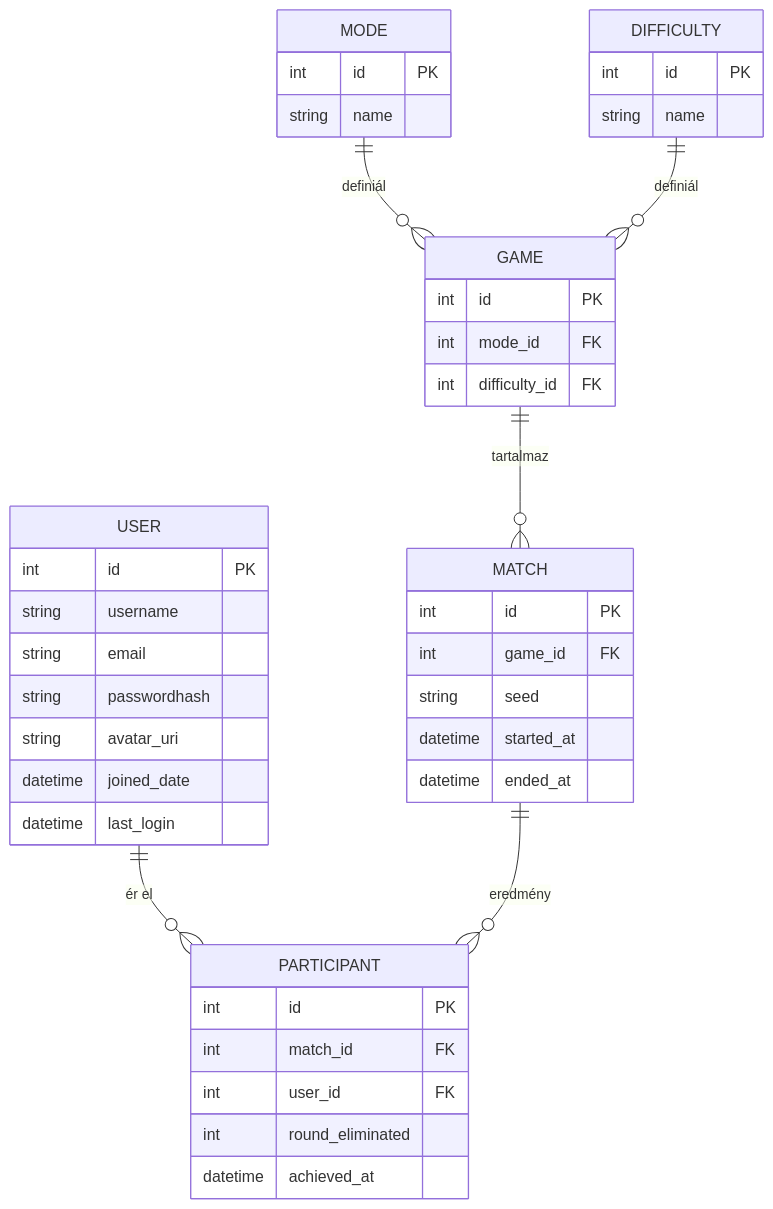
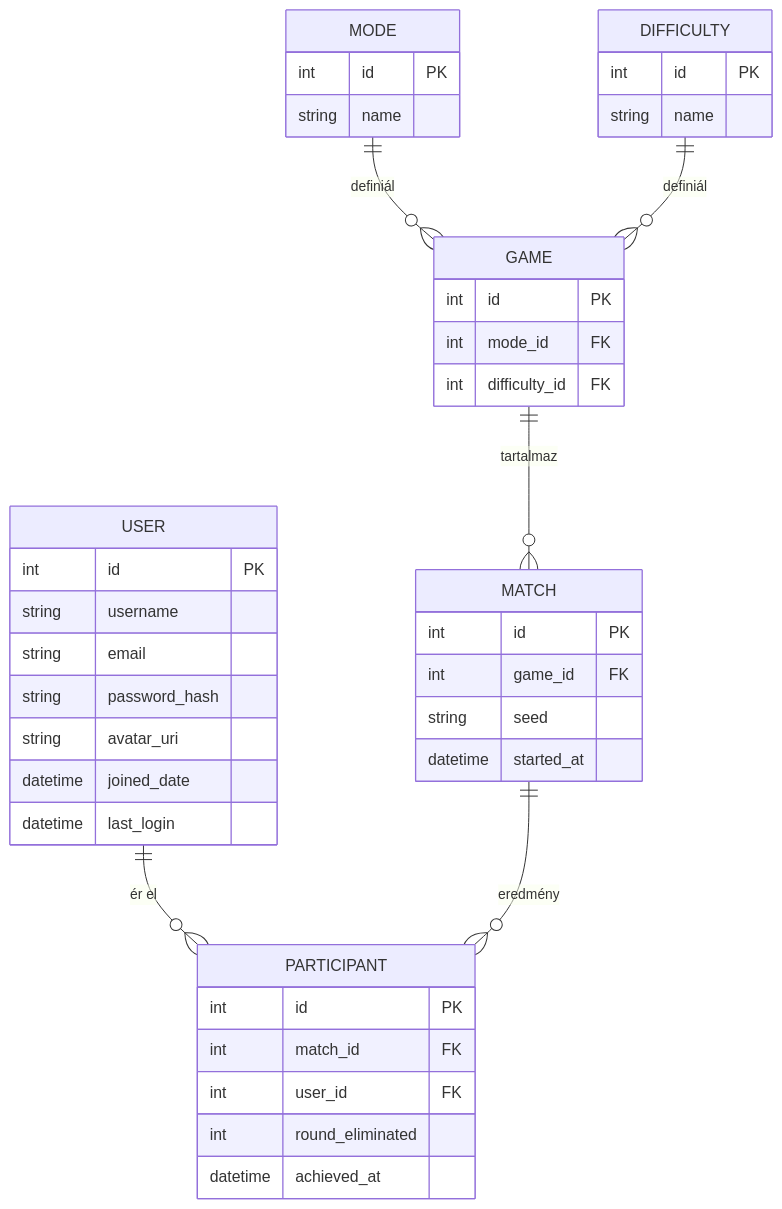
Before and after one commit to GitDevla/infinite-simon: the third of 6 diagrams in docs/system-design.md, drawn with Mermaid. The commit also changed other lines of this file and 2 other files, not shown here.

````diff
--- a/docs/system-design.md
+++ b/docs/system-design.md
@@ -137,45 +137,44 @@
 ```mermaid
 erDiagram
     USER {
         int id PK
         string username
         string email
-        string passwordhash
+        string password_hash
         string avatar_uri
         datetime joined_date
         datetime last_login
     }
     MODE {
         int id PK
         string name
     }
     DIFFICULTY {
         int id PK
         string name
     }
     GAME {
         int id PK
         int mode_id FK
         int difficulty_id FK
     }
     MATCH {
         int id PK
         int game_id FK
         string seed
         datetime started_at
-        datetime ended_at
     }
     PARTICIPANT {
         int id PK
         int match_id FK
         int user_id FK
         int round_eliminated
         datetime achieved_at
     }
 
     USER ||--o{ PARTICIPANT : "ér el"
     GAME ||--o{ MATCH : "tartalmaz"
     MODE ||--o{ GAME : "definiál"
     DIFFICULTY ||--o{ GAME : "definiál"
     MATCH ||--o{ PARTICIPANT : "eredmény"
 ```
````
